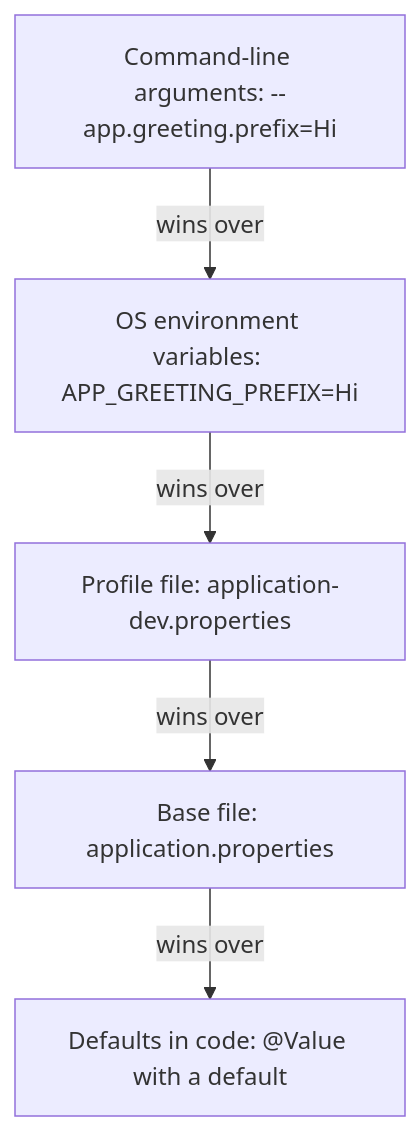
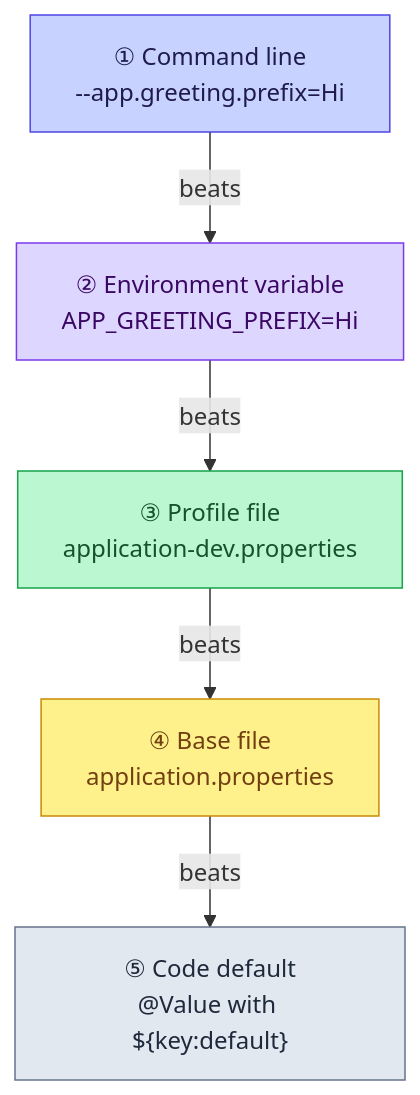
The second of 3 diagrams in content/notes/spring-boot-system-design/01-spring-boot-basics/configuration-and-profiles.md (Sriram-Karthick-k/progress-tracker), drawn with Mermaid before and after one commit. The commit also changed other lines of this file and 18 other files, not shown here.

````diff
--- a/content/notes/spring-boot-system-design/01-spring-boot-basics/configuration-and-profiles.md
+++ b/content/notes/spring-boot-system-design/01-spring-boot-basics/configuration-and-profiles.md
@@ -7,7 +38,12 @@
 ```mermaid
 flowchart TD
-  A["Command-line arguments: --app.greeting.prefix=Hi"] -->|wins over| B["OS environment variables: APP_GREETING_PREFIX=Hi"]
-  B -->|wins over| C["Profile file: application-dev.properties"]
-  C -->|wins over| D["Base file: application.properties"]
-  D -->|wins over| E["Defaults in code: @Value with a default"]
+  A["① Command line<br/>--app.greeting.prefix=Hi"]:::p1 -->|beats| B["② Environment variable<br/>APP_GREETING_PREFIX=Hi"]:::p2
+  B -->|beats| C["③ Profile file<br/>application-dev.properties"]:::p3
+  C -->|beats| D["④ Base file<br/>application.properties"]:::p4
+  D -->|beats| E["⑤ Code default<br/>@Value with ${key:default}"]:::p5
+  classDef p1 fill:#c7d2fe,stroke:#4f46e5,color:#1e1b4b
+  classDef p2 fill:#ddd6fe,stroke:#7c3aed,color:#3b0764
+  classDef p3 fill:#bbf7d0,stroke:#16a34a,color:#14532d
+  classDef p4 fill:#fef08a,stroke:#ca8a04,color:#713f12
+  classDef p5 fill:#e2e8f0,stroke:#64748b,color:#1e293b
 ```
````
